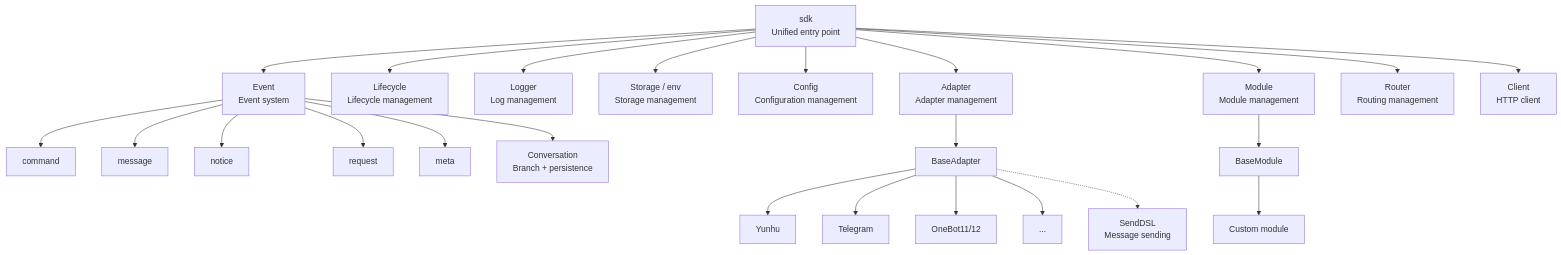
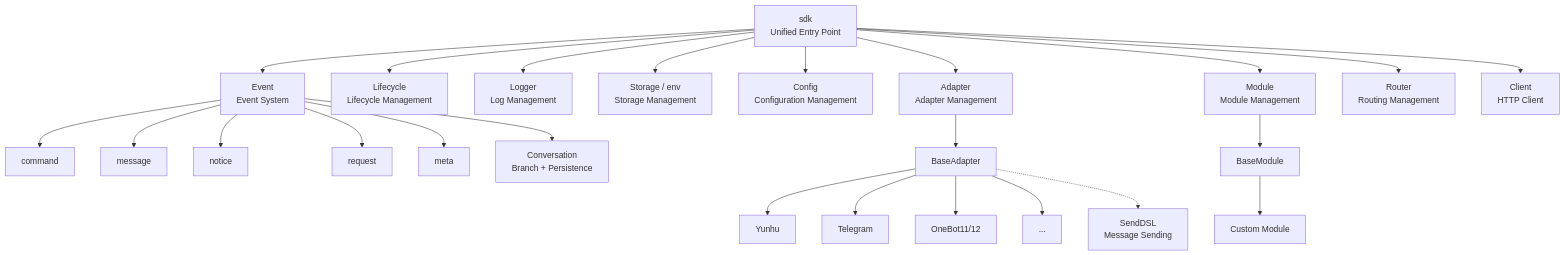
The first of 9 diagrams in docs/en/architecture.md (ErisPulse/ErisPulse), drawn with Mermaid before and after one commit. The commit also changed other lines of this file and 622 other files, not shown here.

````diff
--- a/docs/en/architecture.md
+++ b/docs/en/architecture.md
@@ -13,31 +9,31 @@
 ```mermaid
 graph TB
-    SDK["sdk<br/>Unified entry point"]
+    SDK["sdk<br/>Unified Entry Point"]
 
-    SDK --> Event["Event<br/>Event system"]
-    SDK --> Lifecycle["Lifecycle<br/>Lifecycle management"]
-    SDK --> Logger["Logger<br/>Log management"]
-    SDK --> Storage["Storage / env<br/>Storage management"]
-    SDK --> Config["Config<br/>Configuration management"]
-    SDK --> AdapterMgr["Adapter<br/>Adapter management"]
-    SDK --> ModuleMgr["Module<br/>Module management"]
-    SDK --> Router["Router<br/>Routing management"]
-    SDK --> Client["Client<br/>HTTP client"]
+    SDK --> Event["Event<br/>Event System"]
+    SDK --> Lifecycle["Lifecycle<br/>Lifecycle Management"]
+    SDK --> Logger["Logger<br/>Log Management"]
+    SDK --> Storage["Storage / env<br/>Storage Management"]
+    SDK --> Config["Config<br/>Configuration Management"]
+    SDK --> AdapterMgr["Adapter<br/>Adapter Management"]
+    SDK --> ModuleMgr["Module<br/>Module Management"]
+    SDK --> Router["Router<br/>Routing Management"]
+    SDK --> Client["Client<br/>HTTP Client"]
     Event --> Command["command"]
     Event --> Message["message"]
     Event --> Notice["notice"]
     Event --> Request["request"]
     Event --> Meta["meta"]
-    Event --> Conversation["Conversation<br/>Branch + persistence"]
+    Event --> Conversation["Conversation<br/>Branch + Persistence"]
 
     AdapterMgr --> BaseAdapter["BaseAdapter"]
     BaseAdapter --> P1["Yunhu"]
     BaseAdapter --> P2["Telegram"]
     BaseAdapter --> P3["OneBot11/12"]
     BaseAdapter --> PN["..."]
 
     ModuleMgr --> BaseModule["BaseModule"]
-    BaseModule --> CM["Custom module"]
+    BaseModule --> CM["Custom Module"]
 
-    BaseAdapter -.-> SendDSL["SendDSL<br/>Message sending"]
+    BaseAdapter -.-> SendDSL["SendDSL<br/>Message Sending"]
 ```
````
